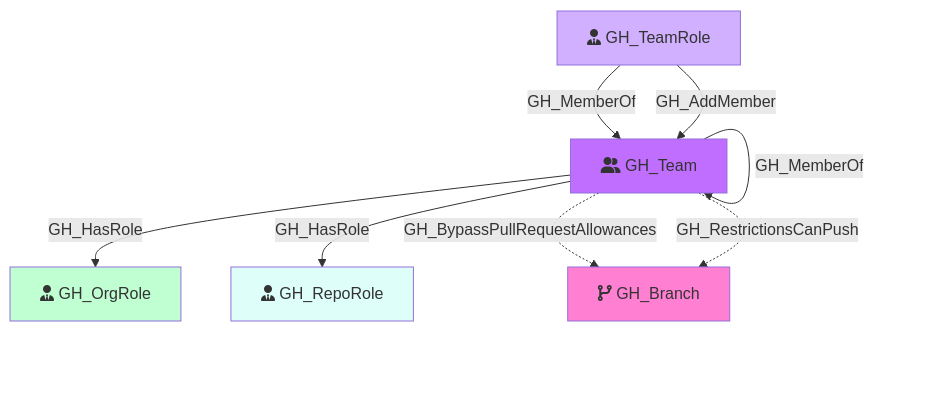
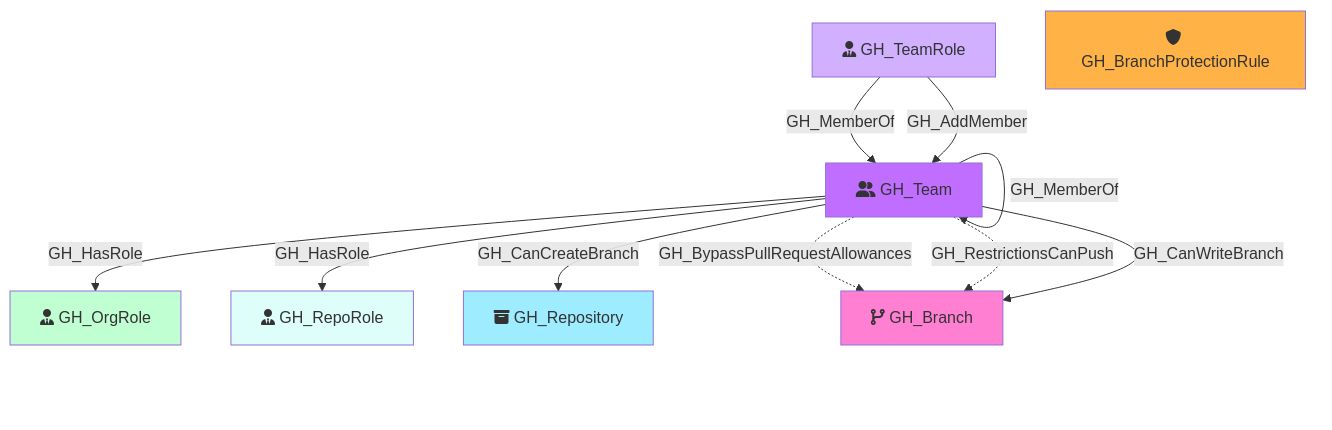
The diagram in Documentation/Nodes/GH_Team.md (SpecterOps/GitHound), drawn with Mermaid before and after one commit. The commit also changed other lines of this file and 20 other files, not shown here.

Commit message:
Added Branch Protection Rule Computed Edges

````diff
--- a/Documentation/Nodes/GH_Team.md
+++ b/Documentation/Nodes/GH_Team.md
@@ -41,22 +43,28 @@
 ```mermaid
 flowchart TD
     GH_Team[fa:fa-user-group GH_Team]
     GH_OrgRole[fa:fa-user-tie GH_OrgRole]
     GH_RepoRole[fa:fa-user-tie GH_RepoRole]
     GH_TeamRole[fa:fa-user-tie GH_TeamRole]
+    GH_Repository[fa:fa-box-archive GH_Repository]
     GH_Branch[fa:fa-code-branch GH_Branch]
+    GH_BranchProtectionRule[fa:fa-shield GH_BranchProtectionRule]
 
     style GH_Team fill:#C06EFF
     style GH_OrgRole fill:#BFFFD1
     style GH_RepoRole fill:#DEFEFA
     style GH_TeamRole fill:#D0B0FF
+    style GH_Repository fill:#9EECFF
     style GH_Branch fill:#FF80D2
+    style GH_BranchProtectionRule fill:#FFB347
 
     GH_Team -->|GH_MemberOf| GH_Team
     GH_Team -->|GH_HasRole| GH_OrgRole
     GH_Team -->|GH_HasRole| GH_RepoRole
     GH_Team -.->|GH_BypassPullRequestAllowances| GH_Branch
     GH_Team -.->|GH_RestrictionsCanPush| GH_Branch
+    GH_Team -->|GH_CanCreateBranch| GH_Repository
+    GH_Team -->|GH_CanWriteBranch| GH_Branch
     GH_TeamRole -->|GH_MemberOf| GH_Team
     GH_TeamRole -->|GH_AddMember| GH_Team
 ```
````
